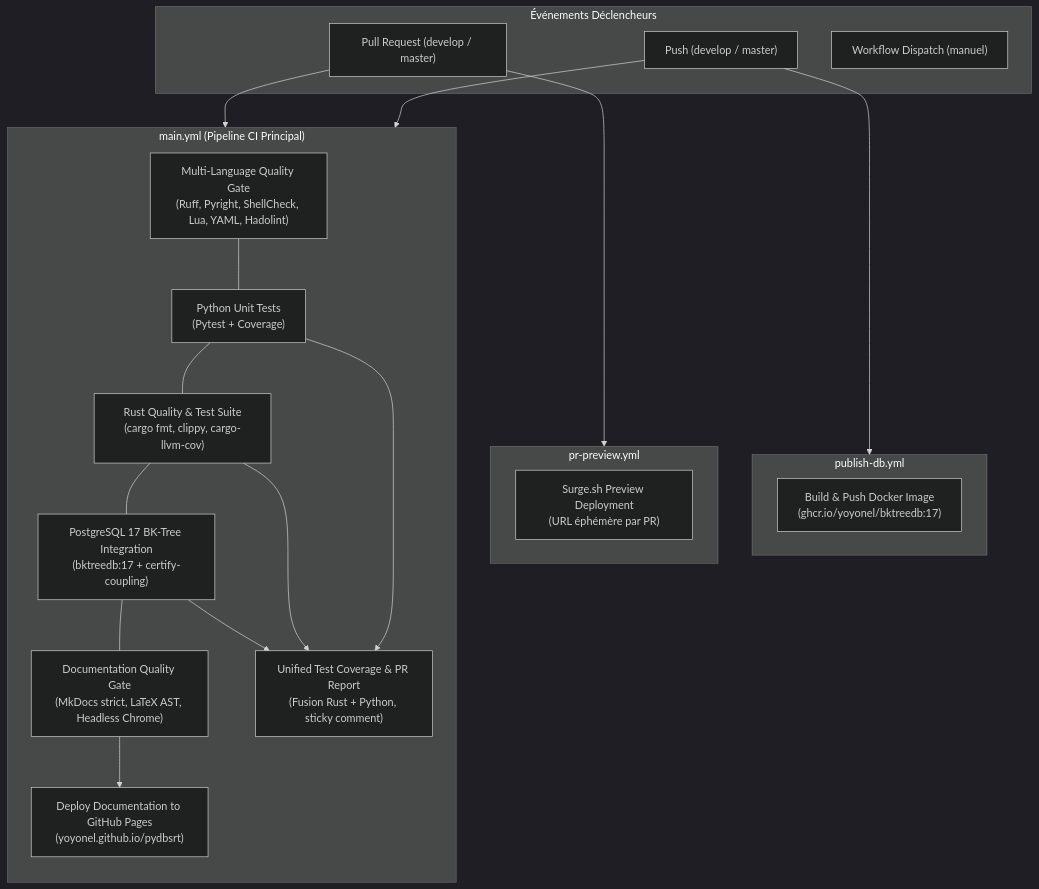
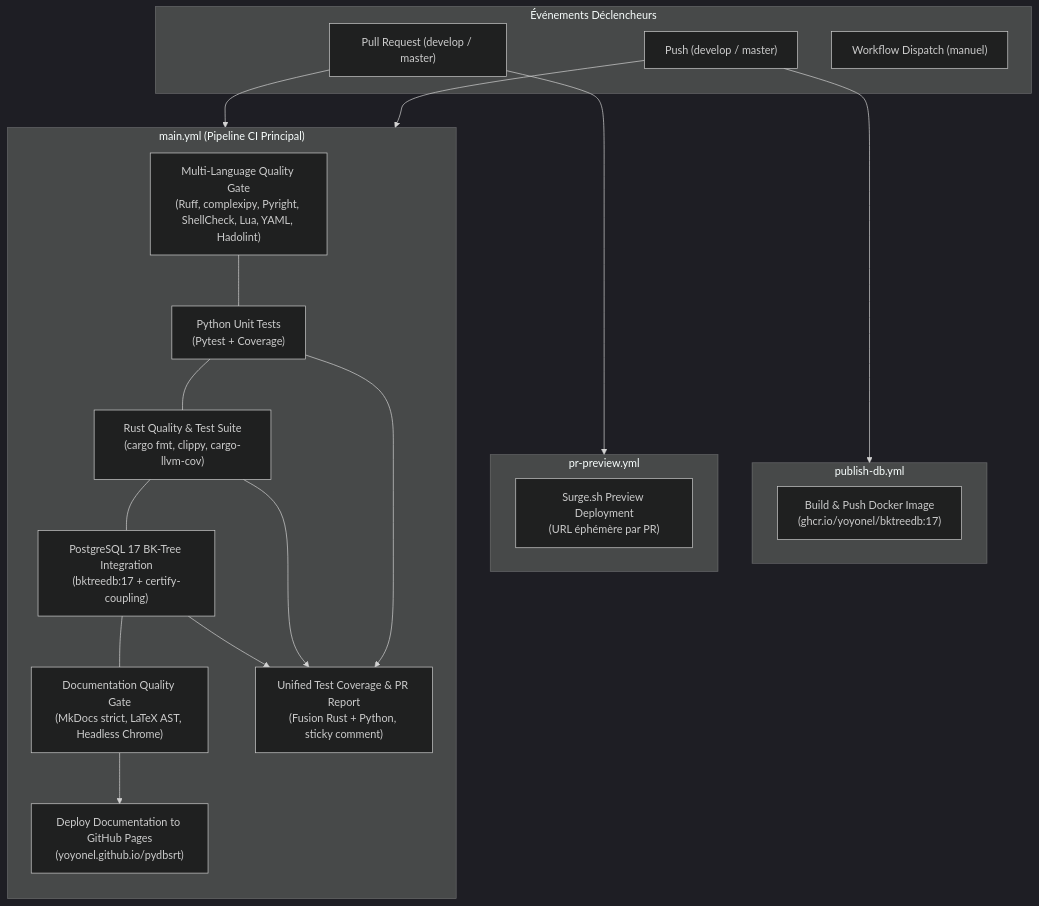
Before and after one commit to yoyonel/pydbsrt: the diagram in docs/reference/ci-cd.md, drawn with Mermaid (dark theme). The commit also changed other lines of this file and 7 other files, not shown here.

First line of the commit message:
ci(quality): gate Python complexity on scripts with ruff C901 and a complexipy ratchet

````diff
--- a/docs/reference/ci-cd.md
+++ b/docs/reference/ci-cd.md
@@ -21,38 +21,38 @@
 ```mermaid
 flowchart TD
     subgraph Triggers ["Événements Déclencheurs"]
         PR["Pull Request (develop / master)"]
         PUSH["Push (develop / master)"]
         DISPATCH["Workflow Dispatch (manuel)"]
     end
 
     subgraph CI ["main.yml (Pipeline CI Principal)"]
         direction TB
-        QG["Multi-Language Quality Gate<br/>(Ruff, Pyright, ShellCheck, Lua, YAML, Hadolint)"]
+        QG["Multi-Language Quality Gate<br/>(Ruff, complexipy, Pyright, ShellCheck, Lua, YAML, Hadolint)"]
         PY["Python Unit Tests<br/>(Pytest + Coverage)"]
         RS["Rust Quality & Test Suite<br/>(cargo fmt, clippy, cargo-llvm-cov)"]
         DB["PostgreSQL 17 BK-Tree Integration<br/>(bktreedb:17 + certify-coupling)"]
         DOC["Documentation Quality Gate<br/>(MkDocs strict, LaTeX AST, Headless Chrome)"]
         COV["Unified Test Coverage & PR Report<br/>(Fusion Rust + Python, sticky comment)"]
         PAGES["Deploy Documentation to GitHub Pages<br/>(yoyonel.github.io/pydbsrt)"]
 
         QG --- PY --- RS --- DB --- DOC
         PY --> COV
         RS --> COV
         DB --> COV
         DOC --> PAGES
     end
 
     subgraph PREVIEW ["pr-preview.yml"]
         SURGE["Surge.sh Preview Deployment<br/>(URL éphémère par PR)"]
     end
 
     subgraph GHCR ["publish-db.yml"]
         DOCKER["Build & Push Docker Image<br/>(ghcr.io/yoyonel/bktreedb:17)"]
     end
 
     PR --> CI
     PR --> PREVIEW
     PUSH --> CI
     PUSH --> GHCR
 ```
````
